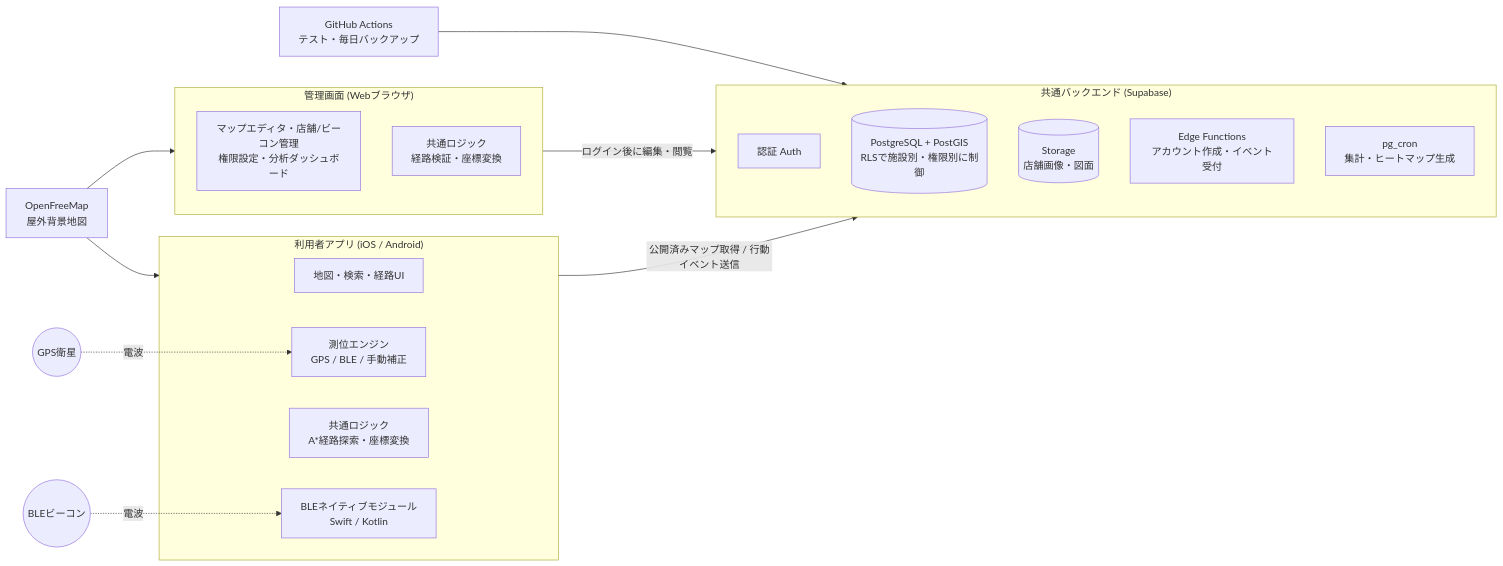
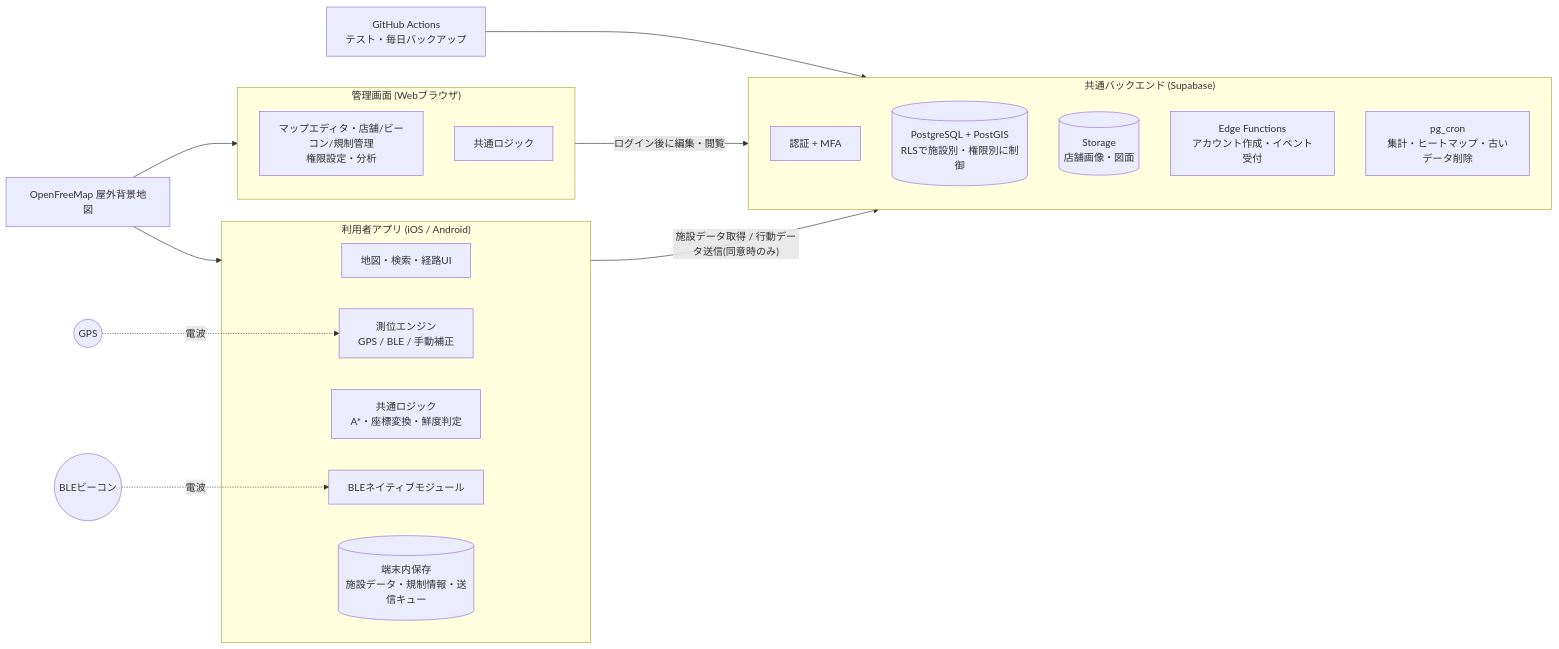
Before and after one commit to 7zkv7bps5y-cell/claude: the second of 3 diagrams in docs/design/00-design-proposal.md, drawn with Mermaid. The commit also changed other lines of this file and 1 other file, not shown here.

````diff
--- a/docs/design/00-design-proposal.md
+++ b/docs/design/00-design-proposal.md
@@ -195,30 +453,28 @@
 ```mermaid
 flowchart LR
   subgraph Mobile["利用者アプリ (iOS / Android)"]
     UI1[地図・検索・経路UI]
     POS[測位エンジン<br/>GPS / BLE / 手動補正]
-    CORE1[共通ロジック<br/>A*経路探索・座標変換]
-    BLE[BLEネイティブモジュール<br/>Swift / Kotlin]
+    CORE1[共通ロジック<br/>A*・座標変換・鮮度判定]
+    BLE[BLEネイティブモジュール]
+    LOCAL[(端末内保存<br/>施設データ・規制情報・送信キュー)]
   end
-
   subgraph Admin["管理画面 (Webブラウザ)"]
-    UI2[マップエディタ・店舗/ビーコン管理<br/>権限設定・分析ダッシュボード]
-    CORE2[共通ロジック<br/>経路検証・座標変換]
+    UI2[マップエディタ・店舗/ビーコン/規制管理<br/>権限設定・分析]
+    CORE2[共通ロジック]
   end
-
   subgraph Supabase["共通バックエンド (Supabase)"]
-    AUTH[認証 Auth]
+    AUTH[認証 + MFA]
     DB[(PostgreSQL + PostGIS<br/>RLSで施設別・権限別に制御)]
     ST[(Storage<br/>店舗画像・図面)]
     EF[Edge Functions<br/>アカウント作成・イベント受付]
-    CRON[pg_cron<br/>集計・ヒートマップ生成]
+    CRON[pg_cron<br/>集計・ヒートマップ・古いデータ削除]
   end
-
   BEACON((BLEビーコン)) -. 電波 .-> BLE
-  GPS((GPS衛星)) -. 電波 .-> POS
-  Mobile -- 公開済みマップ取得 / 行動イベント送信 --> Supabase
+  GPS((GPS)) -. 電波 .-> POS
+  Mobile -- 施設データ取得 / 行動データ送信(同意時のみ) --> Supabase
   Admin -- ログイン後に編集・閲覧 --> Supabase
-  TILE[OpenFreeMap<br/>屋外背景地図] --> Mobile
+  TILE[OpenFreeMap 屋外背景地図] --> Mobile
   TILE --> Admin
   GH[GitHub Actions<br/>テスト・毎日バックアップ] --> Supabase
 ```
````
